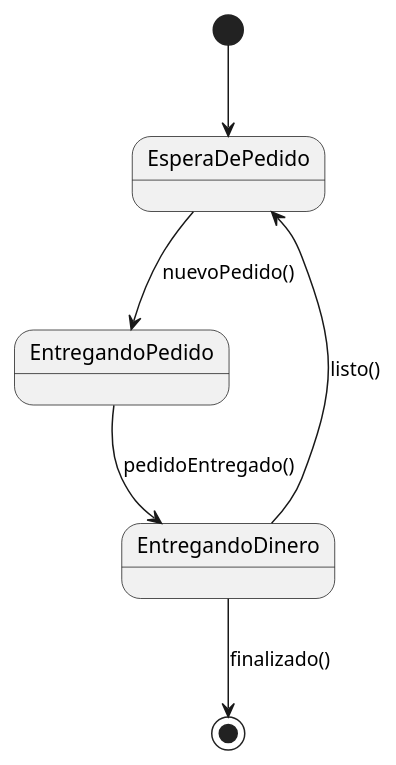
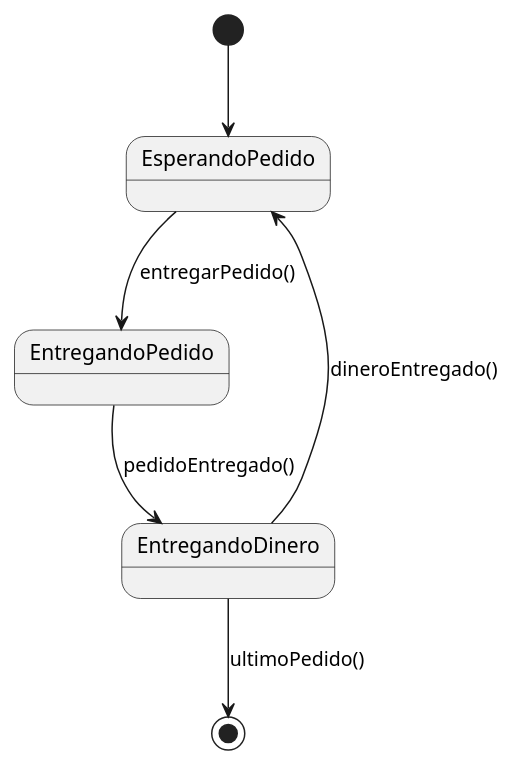
One commit to franciscolmos/PC-Ejercicios changed the diagram in Delivery/UML/delivery.puml. Above: the diagram before and after it, drawn with PlantUML. The commit also changed 3 other files, not shown here.

Commit message:
Se crea la nueva version de delivery y se cambian los diagramas de estado

```diff
--- a/Delivery/UML/delivery.puml
+++ b/Delivery/UML/delivery.puml
@@ -1,7 +1,7 @@
 @startuml Delivery
-    [*] --> EsperaDePedido
-    EsperaDePedido --> EntregandoPedido : nuevoPedido()
+    [*] --> EsperandoPedido
+    EsperandoPedido --> EntregandoPedido : entregarPedido()
     EntregandoPedido --> EntregandoDinero : pedidoEntregado()
-    EntregandoDinero --> EsperaDePedido : listo()
-    EntregandoDinero --> [*] : finalizado()
-@enduml
+    EntregandoDinero --> EsperandoPedido : dineroEntregado()
+    EntregandoDinero --> [*] : ultimoPedido()
+@endumld
```
